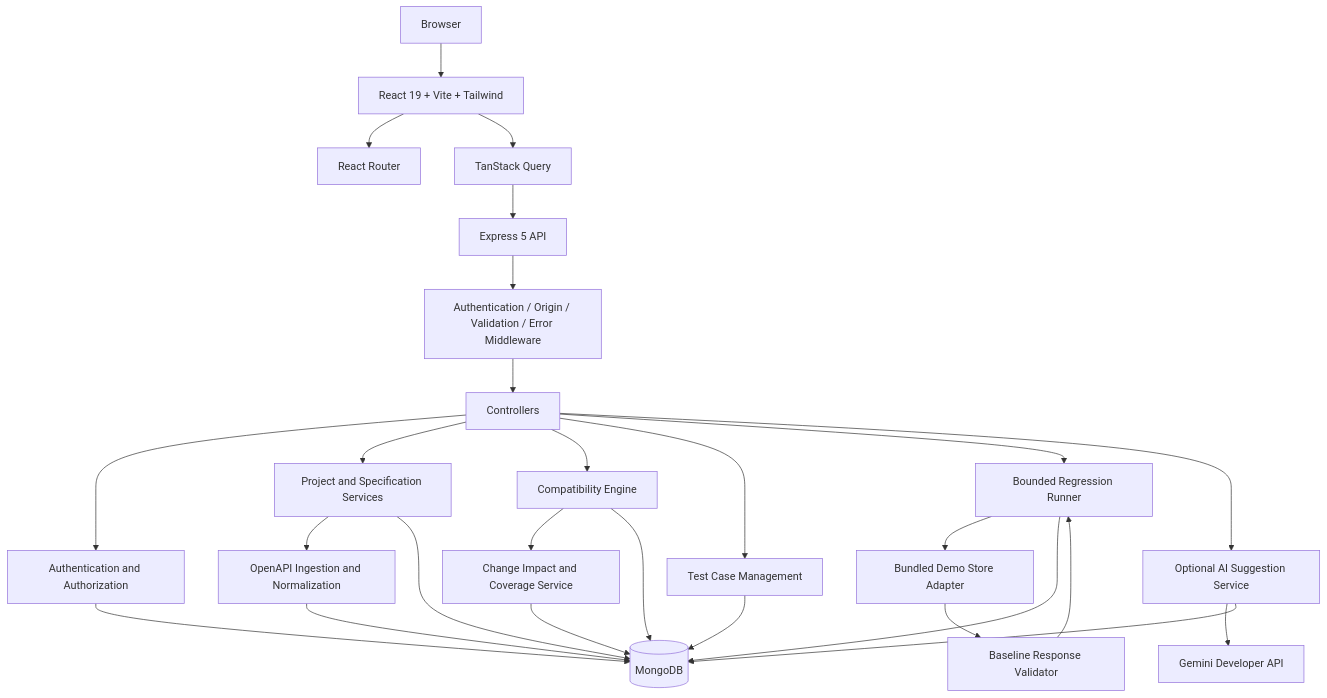
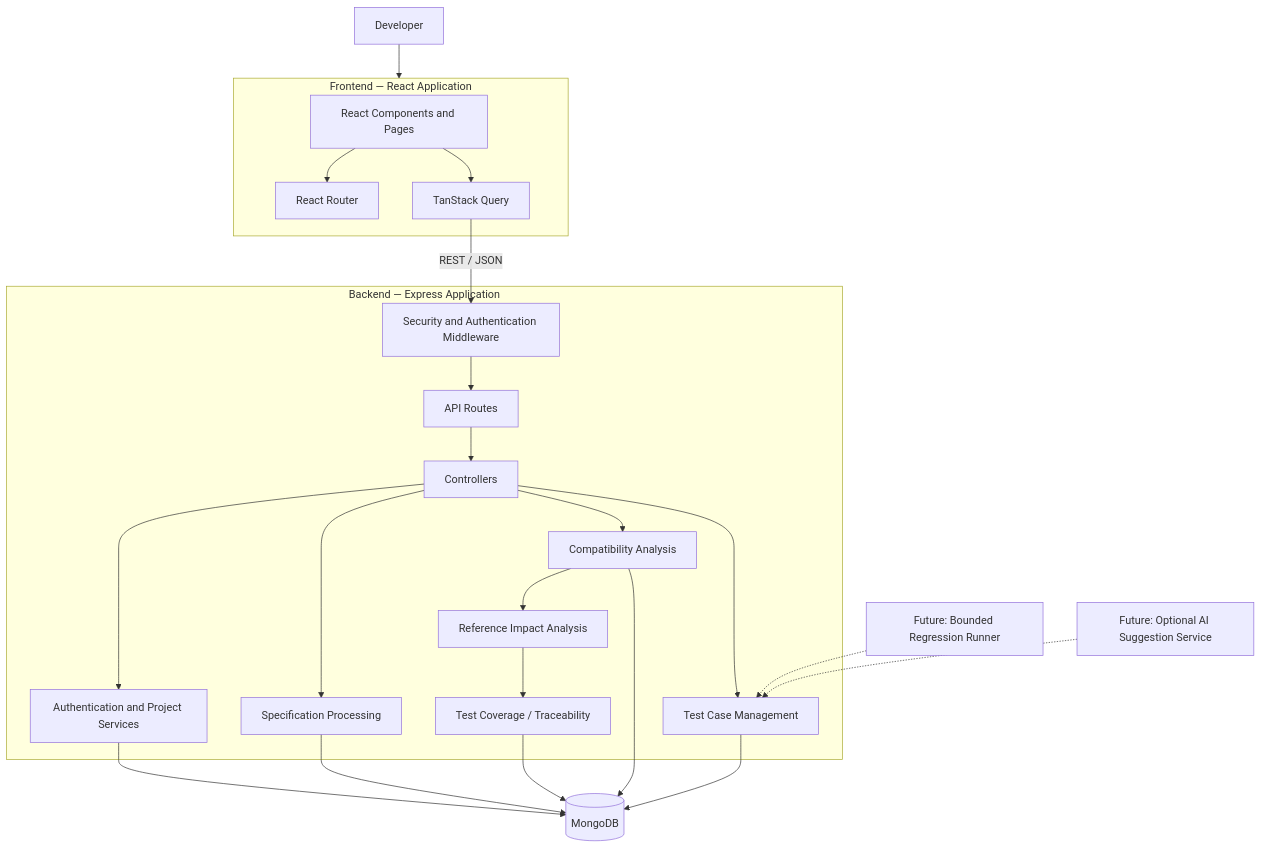
One commit to Swayam-Aggarwal/ContractGuard changed the first of 8 diagrams in docs/Architecture.md. Above: the diagram before and after it, drawn with Mermaid. The commit also changed other lines of this file and 32 other files, not shown here.

Commit message:
feat: complete Phase 6 change-to-test traceability

````diff
--- a/docs/Architecture.md
+++ b/docs/Architecture.md
@@ -43,52 +27,51 @@
 ```mermaid
-flowchart TB
-    Browser["Browser"]
-    React["React 19 + Vite + Tailwind"]
-    Router["React Router"]
-    Query["TanStack Query"]
-    Express["Express 5 API"]
-    Middleware["Authentication / Origin / Validation / Error Middleware"]
+flowchart TD
+    USER["Developer"]
 
-    Controllers["Controllers"]
-    Auth["Authentication and Authorization"]
-    Projects["Project and Specification Services"]
-    OpenAPI["OpenAPI Ingestion and Normalization"]
-    Compare["Compatibility Engine"]
-    Impact["Change Impact and Coverage Service"]
-    Tests["Test Case Management"]
-    Runner["Bounded Regression Runner"]
-    Demo["Bundled Demo Store Adapter"]
-    Validator["Baseline Response Validator"]
-    AI["Optional AI Suggestion Service"]
-    Mongo[("MongoDB")]
-    Gemini["Gemini Developer API"]
+    subgraph FRONTEND["Frontend — React Application"]
+        UI["React Components and Pages"]
+        ROUTER["React Router"]
+        QUERY["TanStack Query"]
+        UI --> ROUTER
+        UI --> QUERY
+    end
 
-    Browser --> React
-    React --> Router
-    React --> Query
-    Query --> Express
-    Express --> Middleware
-    Middleware --> Controllers
+    subgraph BACKEND["Backend — Express Application"]
+        SECURITY["Security and Authentication Middleware"]
+        ROUTES["API Routes"]
+        CONTROLLERS["Controllers"]
 
-    Controllers --> Auth
-    Controllers --> Projects
-    Projects --> OpenAPI
-    Controllers --> Compare
-    Compare --> Impact
-    Controllers --> Tests
-    Controllers --> Runner
-    Controllers --> AI
+        AUTH["Authentication and Project Services"]
+        SPEC["Specification Processing"]
+        COMPARE["Compatibility Analysis"]
+        IMPACT["Reference Impact Analysis"]
+        TRACE["Test Coverage / Traceability"]
+        TESTS["Test Case Management"]
 
-    OpenAPI --> Mongo
-    Auth --> Mongo
-    Projects --> Mongo
-    Compare --> Mongo
-    Tests --> Mongo
-    Runner --> Demo
-    Demo --> Validator
-    Validator --> Runner
-    Runner --> Mongo
-    Impact --> Mongo
-    AI --> Gemini
-    AI --> Mongo
+        SECURITY --> ROUTES
+        ROUTES --> CONTROLLERS
+        CONTROLLERS --> AUTH
+        CONTROLLERS --> SPEC
+        CONTROLLERS --> COMPARE
+        CONTROLLERS --> TESTS
+        COMPARE --> IMPACT
+        IMPACT --> TRACE
+    end
+
+    DATABASE[("MongoDB")]
+
+    USER --> FRONTEND
+    QUERY -->|"REST / JSON"| SECURITY
+
+    AUTH --> DATABASE
+    SPEC --> DATABASE
+    COMPARE --> DATABASE
+    TESTS --> DATABASE
+    TRACE --> DATABASE
+
+    FUTURE_RUNNER["Future: Bounded Regression Runner"]
+    FUTURE_AI["Future: Optional AI Suggestion Service"]
+
+    FUTURE_RUNNER -.-> TESTS
+    FUTURE_AI -.-> TESTS
 ```
````
